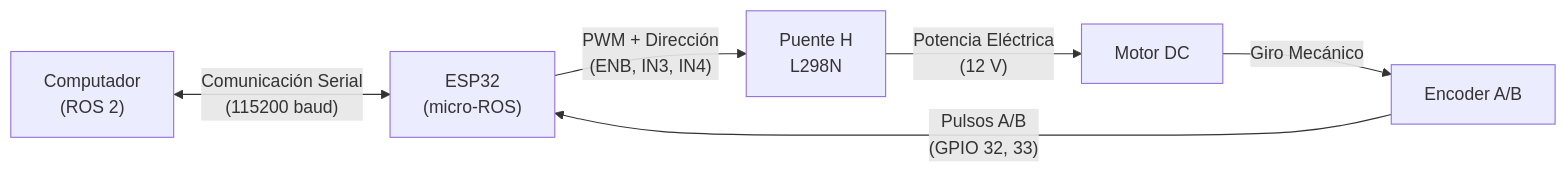
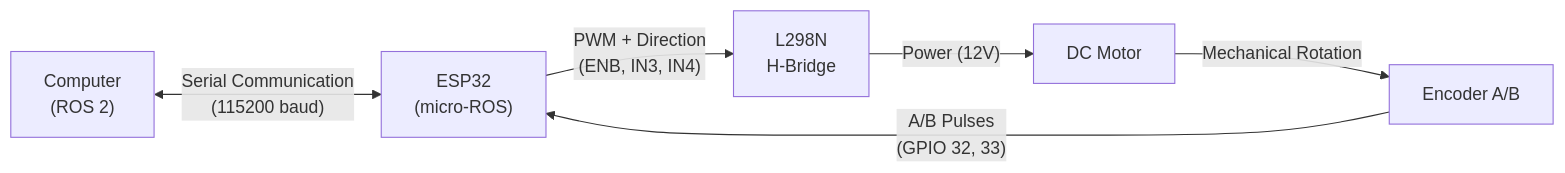
The second of 3 diagrams in docs/guides/Inteligente_guia0.md (d3im3r/ros2-for-control-dc-motor-system), drawn with Mermaid before and after one commit. The commit also changed other lines of this file and 10 other files, not shown here.

````diff
--- a/docs/guides/Inteligente_guia0.md
+++ b/docs/guides/Inteligente_guia0.md
@@ -134,8 +134,8 @@
 ```mermaid
 flowchart LR
-    PC["Computador<br>(ROS 2)"] <-->|"Comunicación Serial<br>(115200 baud)"| ESP["ESP32<br>(micro-ROS)"]
-    ESP -->|"PWM + Dirección<br>(ENB, IN3, IN4)"| L298["Puente H<br>L298N"]
-    L298 -->|"Potencia Eléctrica<br>(12 V)"| Motor["Motor DC"]
-    Motor -->|"Giro Mecánico"| Encoder["Encoder A/B"]
-    Encoder -->|"Pulsos A/B<br>(GPIO 32, 33)"| ESP
+    PC["Computer<br>(ROS 2)"] <-->|"Serial Communication<br>(115200 baud)"| ESP["ESP32<br>(micro-ROS)"]
+    ESP -->|"PWM + Direction<br>(ENB, IN3, IN4)"| L298["L298N<br>H-Bridge"]
+    L298 -->|"Power (12V)"| Motor["DC Motor"]
+    Motor -->|"Mechanical Rotation"| Encoder["Encoder A/B"]
+    Encoder -->|"A/B Pulses<br>(GPIO 32, 33)"| ESP
 ```
````
